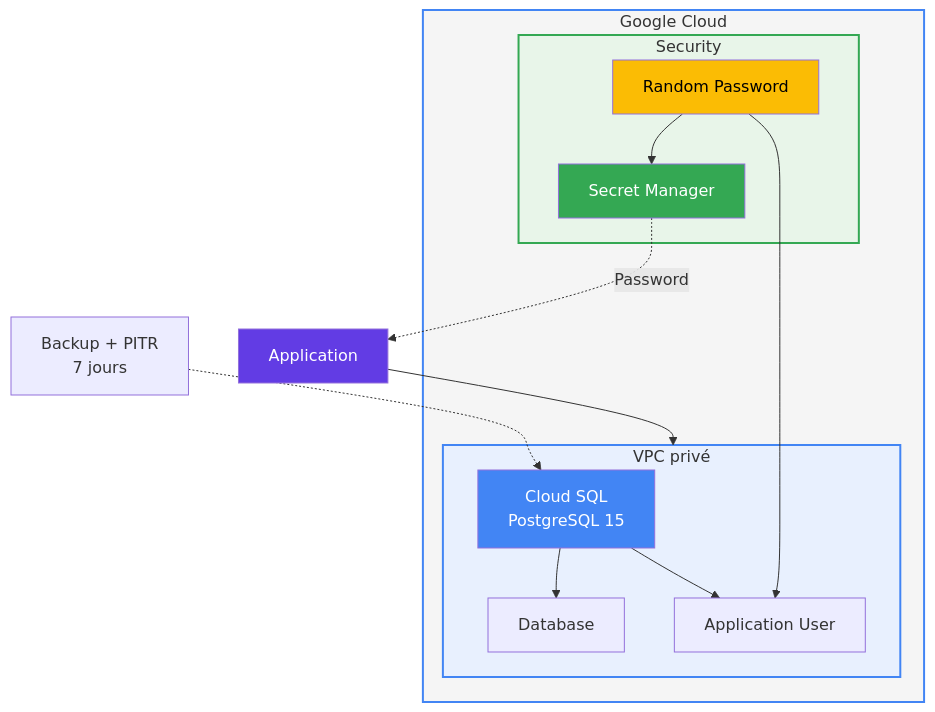
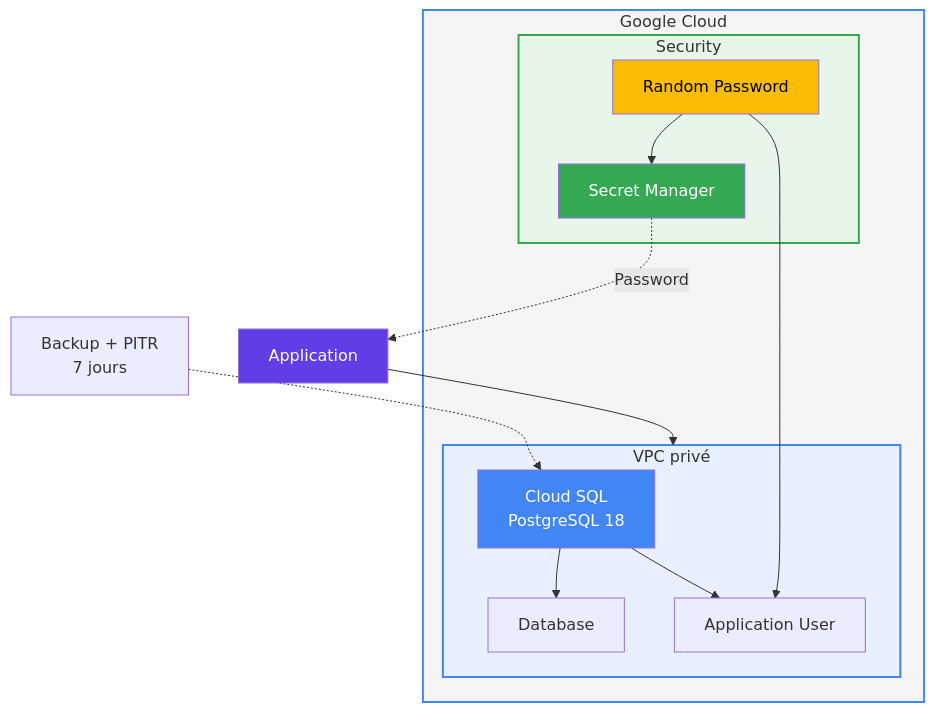
Before and after one commit to ismael-belghazi/medirdv: the fourth of 4 diagrams in terraform/modules/database/README.md, drawn with Mermaid. The commit also changed other lines of this file and 1 other file, not shown here.

Commit message:
upgrade Cloud SQL PostgreSQL to 18

````diff
--- a/terraform/modules/database/README.md
+++ b/terraform/modules/database/README.md
@@ -315,34 +315,34 @@
 ```mermaid
 flowchart TB
     subgraph GCP["Google Cloud"]
         subgraph VPC["VPC privé"]
-            SQL["Cloud SQL<br/>PostgreSQL 15"]
+            SQL["Cloud SQL<br/>PostgreSQL 18"]
             DB["Database"]
             USER["Application User"]
 
             SQL --> DB
             SQL --> USER
         end
 
         subgraph SEC["Security"]
             SM["Secret Manager"]
             PASS["Random Password"]
             PASS --> SM
         end
 
         PASS --> USER
     end
 
     APP["Application"] --> VPC
     SM -. "Password" .-> APP
 
     BACKUP["Backup + PITR<br/>7 jours"] -.-> SQL
 
     style GCP fill:#f5f5f5,stroke:#4285F4,stroke-width:2px
     style VPC fill:#e8f0fe,stroke:#4285F4,stroke-width:2px
     style SEC fill:#e8f5e9,stroke:#34A853,stroke-width:2px
     style SQL fill:#4285F4,color:#fff
     style SM fill:#34A853,color:#fff
     style PASS fill:#FBBC04,color:#000
     style APP fill:#623CE4,color:#fff
 ```
````
